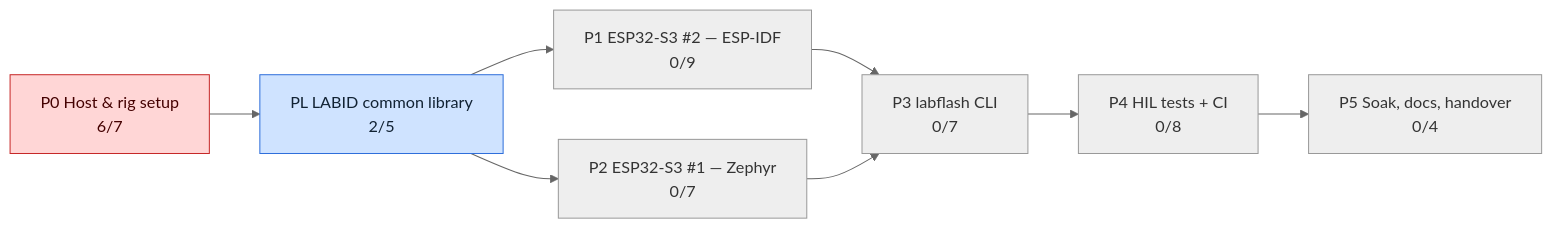
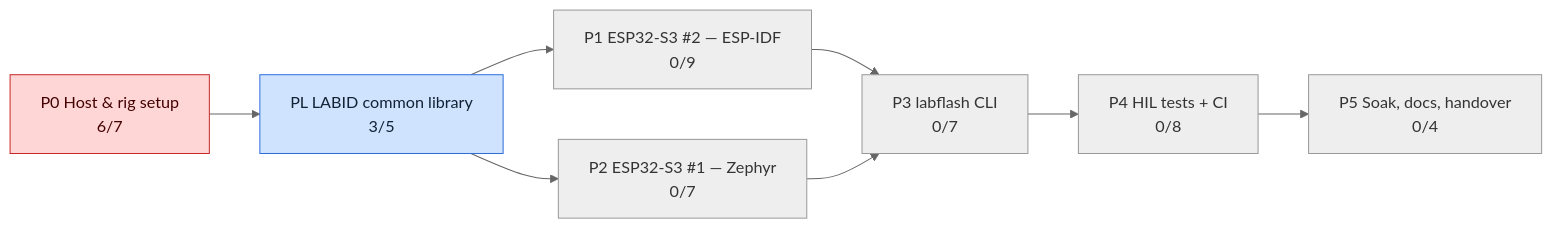
One commit to mohamed-soubhi/bootlab-esp changed the second of 3 diagrams in tickets/TICKETS.md. Above: the diagram before and after it, drawn with Mermaid (neutral theme). The commit also changed other lines of this file and 2 other files, not shown here.

First line of the commit message:
BL-013 done: Python labid.py

````diff
--- a/tickets/TICKETS.md
+++ b/tickets/TICKETS.md
@@ -31,21 +31,21 @@
 ```mermaid
 flowchart LR
     E0["P0 Host & rig setup<br/>6/7"]:::blocked
-    EL["PL LABID common library<br/>2/5"]:::doing
+    EL["PL LABID common library<br/>3/5"]:::doing
     E1["P1 ESP32-S3 #2 — ESP-IDF<br/>0/9"]:::todo
     E2["P2 ESP32-S3 #1 — Zephyr<br/>0/7"]:::todo
     E3["P3 labflash CLI<br/>0/7"]:::todo
     E4["P4 HIL tests + CI<br/>0/8"]:::todo
     E5["P5 Soak, docs, handover<br/>0/4"]:::todo
     E0 --> EL
     E1 --> E3
     E2 --> E3
     E3 --> E4
     E4 --> E5
     EL --> E1
     EL --> E2
     classDef todo fill:#eeeeee,stroke:#999,color:#333
     classDef doing fill:#cfe3ff,stroke:#2f6fdb,color:#123
     classDef blocked fill:#ffd6d6,stroke:#c62828,color:#400
     classDef done fill:#d4f5d4,stroke:#2e7d32,color:#132
 ```
````
